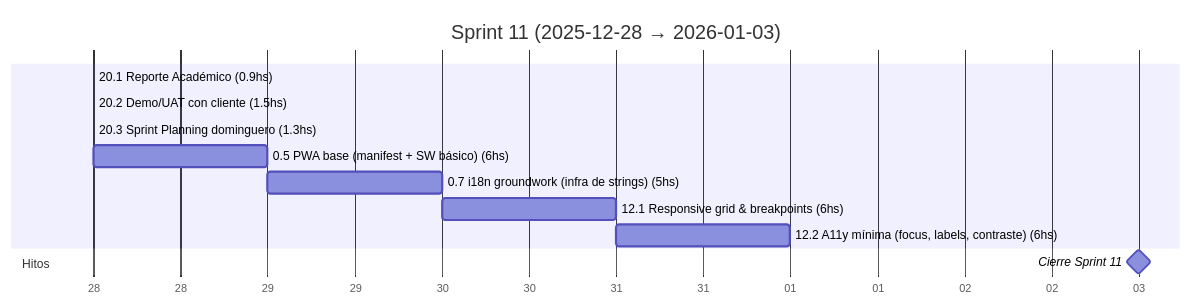
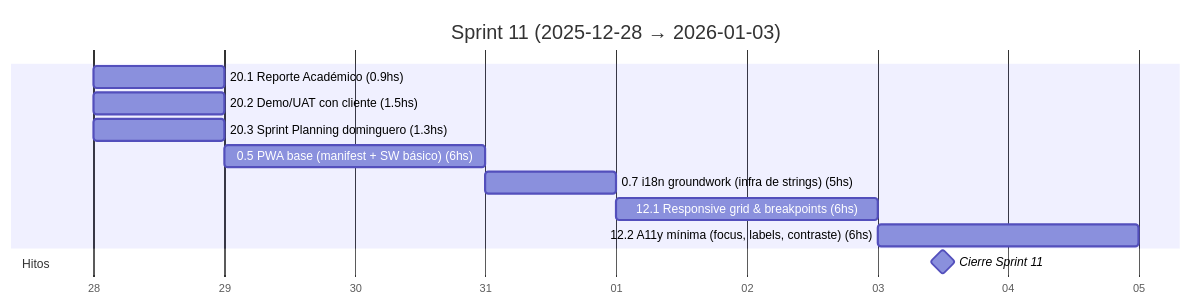
One commit to MarkMed/FleetMan changed diagram 12 of 18 in docs/SprintsGantts.md. Above: the diagram before and after it, drawn with Mermaid. The commit also changed other lines of this file, not shown here.

````diff
--- a/docs/SprintsGantts.md
+++ b/docs/SprintsGantts.md
@@ -292,19 +292,19 @@
 ```mermaid
 gantt
   title Sprint 11 (2025-12-28 → 2026-01-03)
   dateFormat  YYYY-MM-DD
   axisFormat  %d
 
   %% Asumimos 5 h/día. Horas estimadas incluidas en el nombre.
 
-  20.1 Reporte Académico (0.9hs)               :t201, 2025-12-28, 0.2d
-  20.2 Demo/UAT con cliente (1.5hs)            :t202, after t201, 0.3d
-  20.3 Sprint Planning dominguero (1.3hs)      :t203, after t202, 0.3d
-  0.5 PWA base (manifest + SW básico) (6hs)    :t05, after t203, 1.2d
+  20.1 Reporte Académico (0.9hs)               :t201, 2025-12-28, 1d
+  20.2 Demo/UAT con cliente (1.5hs)            :t202, 2025-12-28, 1d
+  20.3 Sprint Planning dominguero (1.3hs)      :t203, 2025-12-28, 1d
+  0.5 PWA base (manifest + SW básico) (6hs)    :t05, after t203, 2d
   0.7 i18n groundwork (infra de strings) (5hs) :t07, after t05, 1d
-  12.1 Responsive grid & breakpoints (6hs)     :t121, after t07, 1.2d
-  12.2 A11y mínima (focus, labels, contraste) (6hs) :t122, after t121, 1.2d
+  12.1 Responsive grid & breakpoints (6hs)     :t121, after t07, 2d
+  12.2 A11y mínima (focus, labels, contraste) (6hs) :t122, after t121, 2d
 
   section Hitos
-  Cierre Sprint 11                             :milestone, s11, 2026-01-03, 0d
+  Cierre Sprint 11                             :milestone, s11, 2026-01-03, 1d
 ```
````
